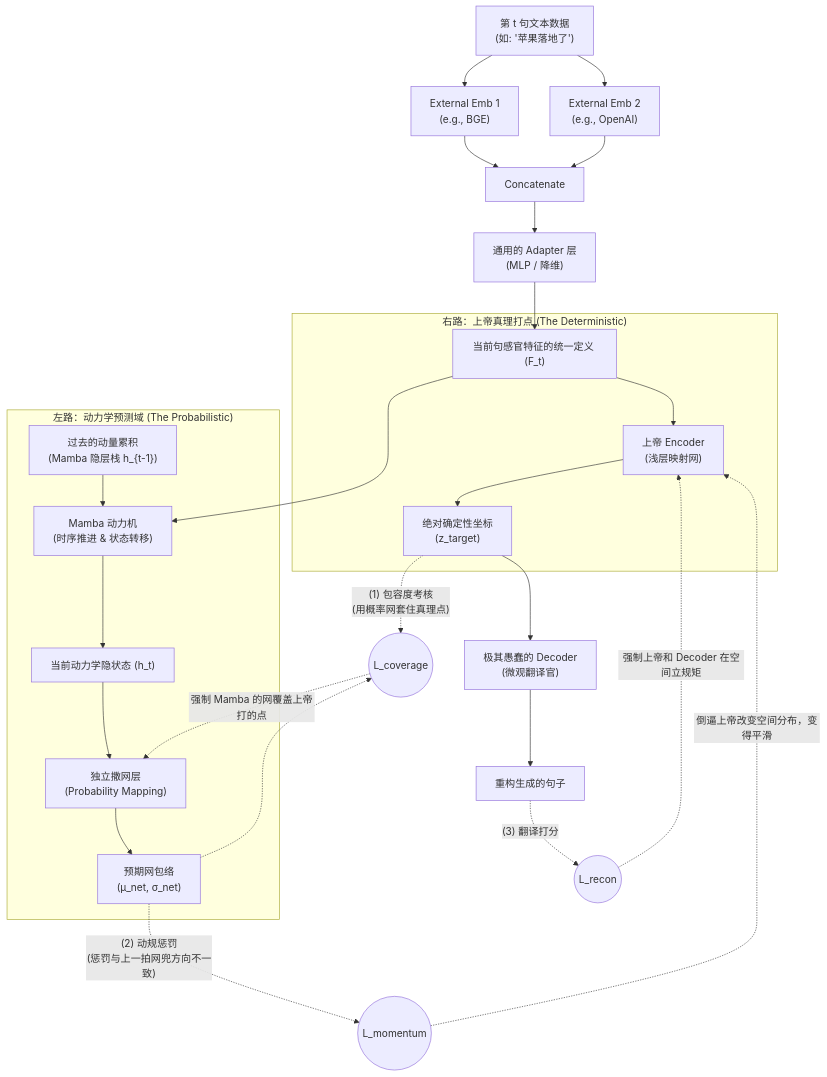
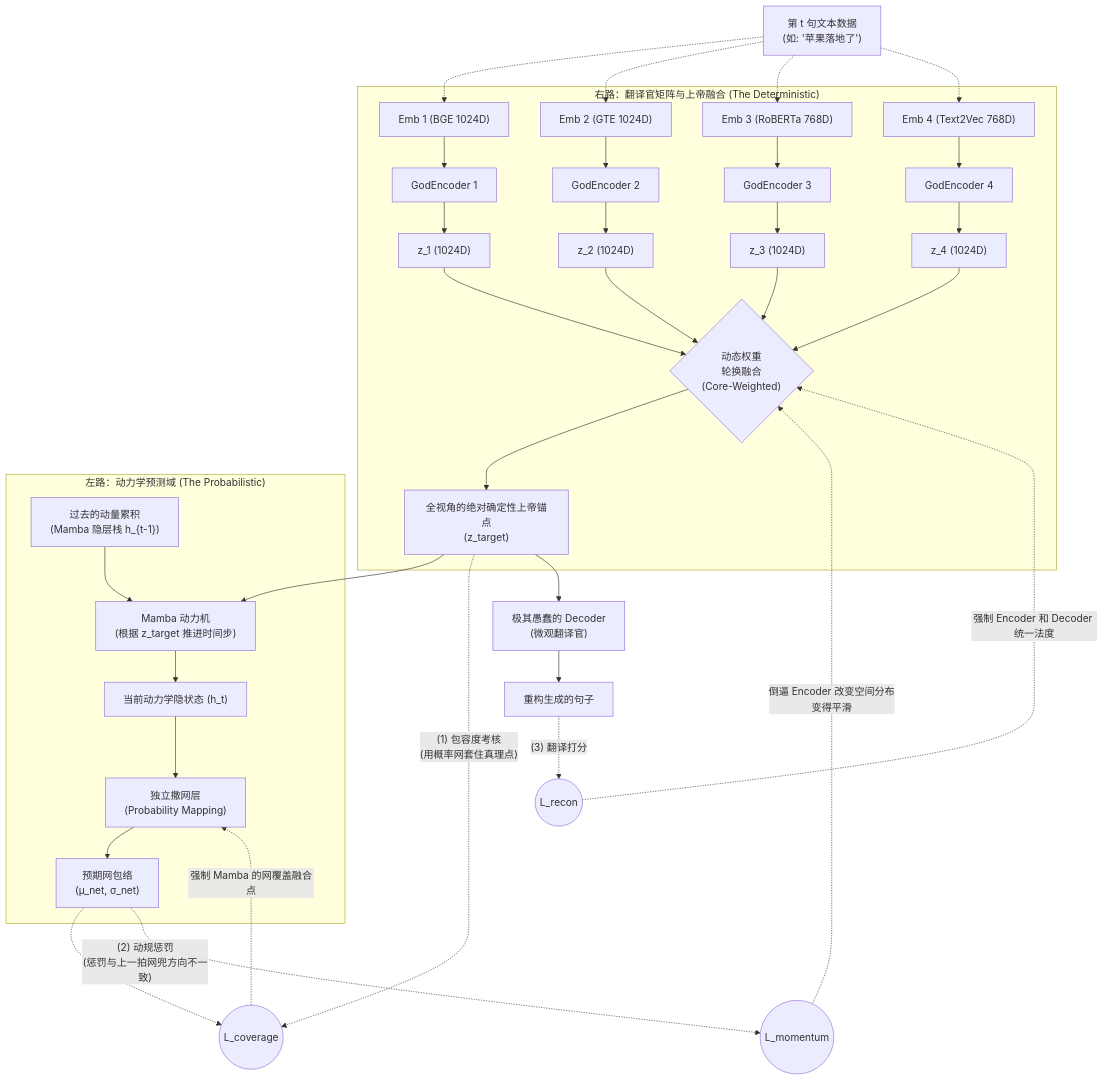
One commit to catclever/HollyShit changed the diagram in designs/diagram_phase1_flow.md. Above: the diagram before and after it, drawn with Mermaid. The commit also changed 10 other files, not shown here.

Commit message:
feat: Introduce multi-sense adapter with fusion, establish core training infrastructure with checkpointing, multi-embedding dataloader, and argument parsing.

````diff
--- a/designs/diagram_phase1_flow.md
+++ b/designs/diagram_phase1_flow.md
@@ -9,49 +9,59 @@
 ```mermaid
 graph TD
     %% 阶段与输入定义
-    Sentence_t["第 t 句文本数据\n(如: '苹果落地了')"] --> Emb1["External Emb 1\n(e.g., BGE)"]
-    Sentence_t --> Emb2["External Emb 2\n(e.g., OpenAI)"]
-    
-    %% 通用表征层
-    Emb1 --> Concat["Concatenate"]
-    Emb2 --> Concat
-    Concat --> Adapter["通用的 Adapter 层\n(MLP / 降维)"]
-    Adapter --> F_t["当前句感官特征的统一定义 (F_t)"]
+    Sentence_t["第 t 句文本数据\n(如: '苹果落地了')"] -.-> Emb1["Emb 1 (BGE 1024D)"]
+    Sentence_t -.-> Emb2["Emb 2 (GTE 1024D)"]
+    Sentence_t -.-> Emb3["Emb 3 (RoBERTa 768D)"]
+    Sentence_t -.-> Emb4["Emb 4 (Text2Vec 768D)"]
 
     %% ----------------------------------------------------
-    %% 右路：上帝的真理打点器 (定义物理常数)
+    %% 右路：多视角翻译官矩阵 (并列独立非线性映射)
     %% ----------------------------------------------------
-    subgraph God_Camp ["右路：上帝真理打点 (The Deterministic)"]
-        F_t --> GodEncoder["上帝 Encoder \n(浅层映射网)"]
-        GodEncoder --> z_target["绝对确定性坐标\n(z_target)"]
+    subgraph God_Camp ["右路：翻译官矩阵与上帝融合 (The Deterministic)"]
+        Emb1 --> God1["GodEncoder 1"]
+        Emb2 --> God2["GodEncoder 2"]
+        Emb3 --> God3["GodEncoder 3"]
+        Emb4 --> God4["GodEncoder 4"]
+
+        God1 --> z1["z_1 (1024D)"]
+        God2 --> z2["z_2 (1024D)"]
+        God3 --> z3["z_3 (1024D)"]
+        God4 --> z4["z_4 (1024D)"]
+
+        z1 --> Fusion{"动态权重\n轮换融合\n(Core-Weighted)"}
+        z2 --> Fusion
+        z3 --> Fusion
+        z4 --> Fusion
+
+        Fusion --> z_target["全视角的绝对确定性上帝锚点\n(z_target)"]
     end
 
     %% ----------------------------------------------------
     %% 左路：Mamba 的动力学推演 (定义时间和概率)
     %% ----------------------------------------------------
     subgraph Dynamics_Camp ["左路：动力学预测域 (The Probabilistic)"]
         h_prev["过去的动量累积\n(Mamba 隐层栈 h_{t-1})"] --> Mamba
-        F_t --> Mamba["Mamba 动力机\n(时序推进 & 状态转移)"]
+        z_target --> Mamba["Mamba 动力机\n(根据 z_target 推进时间步)"]
         Mamba --> h_t["当前动力学隐状态 (h_t)"]
         
         h_t --> NetLayer["独立撒网层\n(Probability Mapping)"]
         NetLayer --> ProbNet["预期网包络\n(μ_net, σ_net)"]
     end
 
     %% ----------------------------------------------------
     %% 对抗融合区与微观解码
     %% ----------------------------------------------------
     z_target -. "(1) 包容度考核\n(用概率网套住真理点)" .-> CoverageLoss(("L_coverage"))
     ProbNet -.-> CoverageLoss
     
     ProbNet -. "(2) 动规惩罚\n(惩罚与上一拍网兜方向不一致)" .-> MomLoss(("L_momentum"))
 
     z_target --> Decoder["极其愚蠢的 Decoder\n(微观翻译官)"]
     Decoder --> Output_Tokens["重构生成的句子"]
     Output_Tokens -. "(3) 翻译打分" .-> ReconLoss(("L_recon"))
 
     %% 全局梯度反馈信号 (所有模块在同一个空间里被揉碎)
-    ReconLoss -.-> |强制上帝和 Decoder 在空间立规矩| GodEncoder
-    CoverageLoss -.-> |强制 Mamba 的网覆盖上帝打的点| NetLayer
-    MomLoss -.-> |倒逼上帝改变空间分布，变得平滑| GodEncoder
+    ReconLoss -.-> |强制 Encoder 和 Decoder 统一法度| Fusion
+    CoverageLoss -.-> |强制 Mamba 的网覆盖融合点| NetLayer
+    MomLoss -.-> |倒逼 Encoder 改变空间分布变得平滑| Fusion
 ```
````
